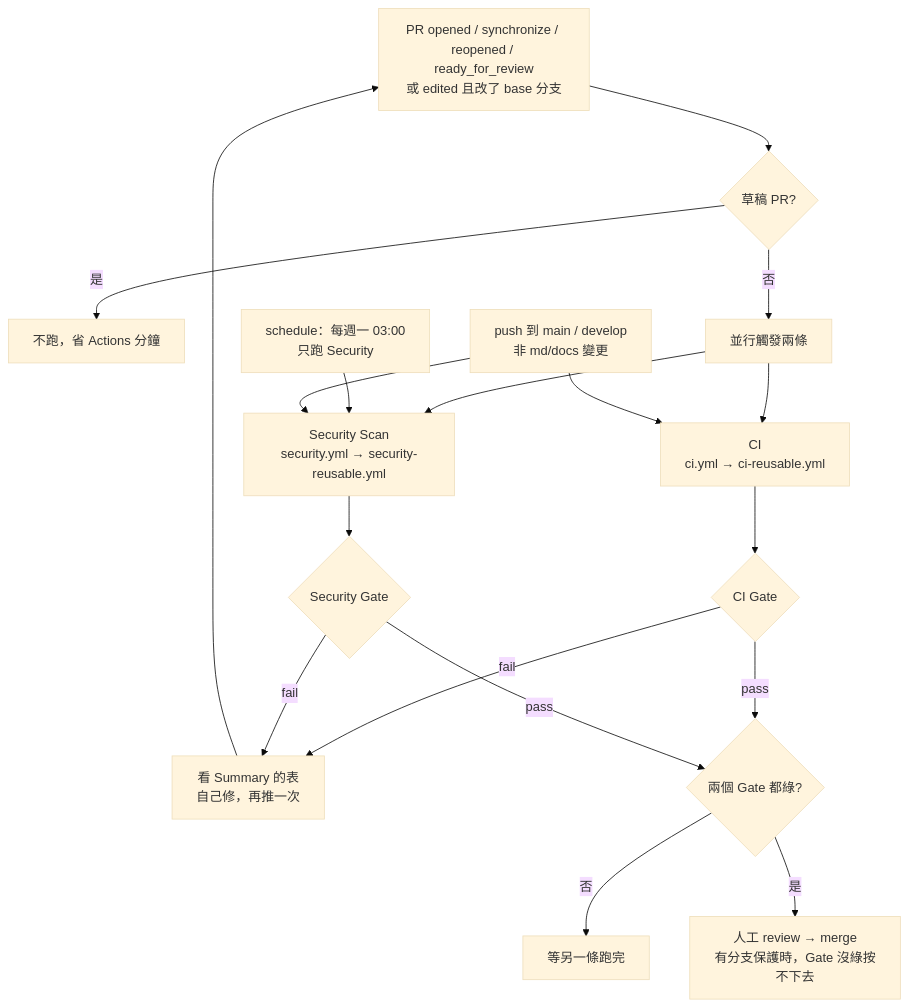
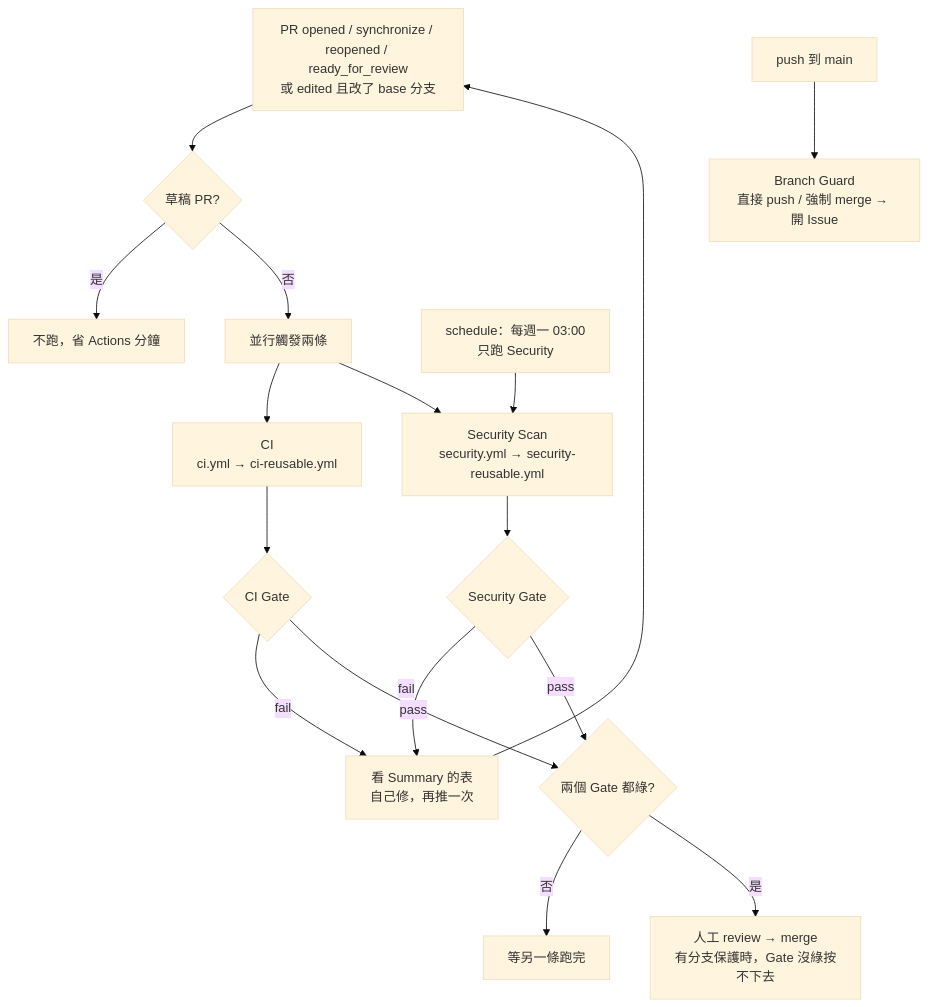
The first of 3 diagrams in docs/FLOW.md (singi0771/ci-standards), drawn with Mermaid (base theme) before and after one commit. The commit also changed 15 other files, not shown here.

First line of the commit message:
feat(branch-guard): 偵測直接 push / 強制 merge 並開 Issue 通知；CI 改為只在 PR 上跑

````diff
--- a/docs/FLOW.md
+++ b/docs/FLOW.md
@@ -29,25 +29,24 @@
 ```mermaid
 flowchart TD
     PR[PR opened / synchronize / reopened / ready_for_review<br/>或 edited 且改了 base 分支] --> DRAFT{草稿 PR?}
     DRAFT -->|是| STOP1[不跑，省 Actions 分鐘]
     DRAFT -->|否| PAR
 
     PAR[並行觸發兩條] --> CI[CI<br/>ci.yml → ci-reusable.yml]
     PAR --> SEC[Security Scan<br/>security.yml → security-reusable.yml]
 
     CI --> CIG{CI Gate}
     SEC --> SG{Security Gate}
 
     CIG -->|fail| FIX[看 Summary 的表<br/>自己修，再推一次]
     SG -->|fail| FIX
     FIX --> PR
 
     CIG -->|pass| BOTH{兩個 Gate 都綠?}
     SG -->|pass| BOTH
     BOTH -->|否| WAIT[等另一條跑完]
     BOTH -->|是| MERGE[人工 review → merge<br/>有分支保護時，Gate 沒綠按不下去]
 
     SCHED[schedule：每週一 03:00<br/>只跑 Security] --> SEC
-    PUSHMAIN[push 到 main / develop<br/>非 md/docs 變更] --> CI
-    PUSHMAIN --> SEC
+    PUSHMAIN[push 到 main] --> GUARD[Branch Guard<br/>直接 push / 強制 merge → 開 Issue]
 ```
````
